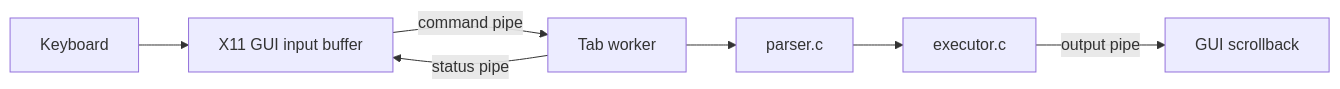
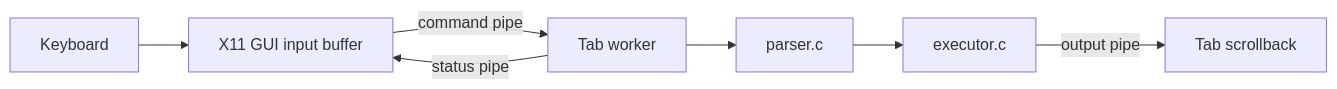
The diagram in docs/architecture.md (slayerrr12/Terminator-), drawn with Mermaid before and after one commit. The commit also changed other lines of this file and 11 other files, not shown here.

Commit message:
fix: add anchored per-tab terminal scrollback

````diff
--- a/docs/architecture.md
+++ b/docs/architecture.md
@@ -25,9 +27,9 @@
 ```mermaid
 flowchart LR
     A[Keyboard] --> B[X11 GUI input buffer]
     B -->|command pipe| C[Tab worker]
     C --> D[parser.c]
     D --> E[executor.c]
-    E -->|output pipe| F[GUI scrollback]
+    E -->|output pipe| F[Tab scrollback]
     C -->|status pipe| B
 ```
````
